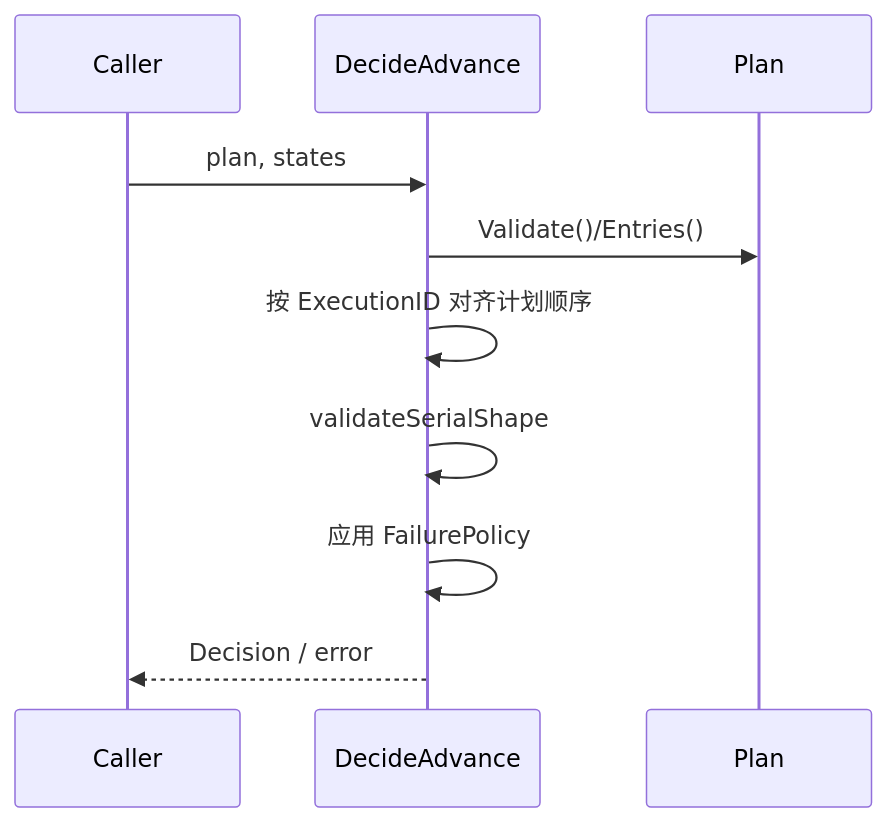
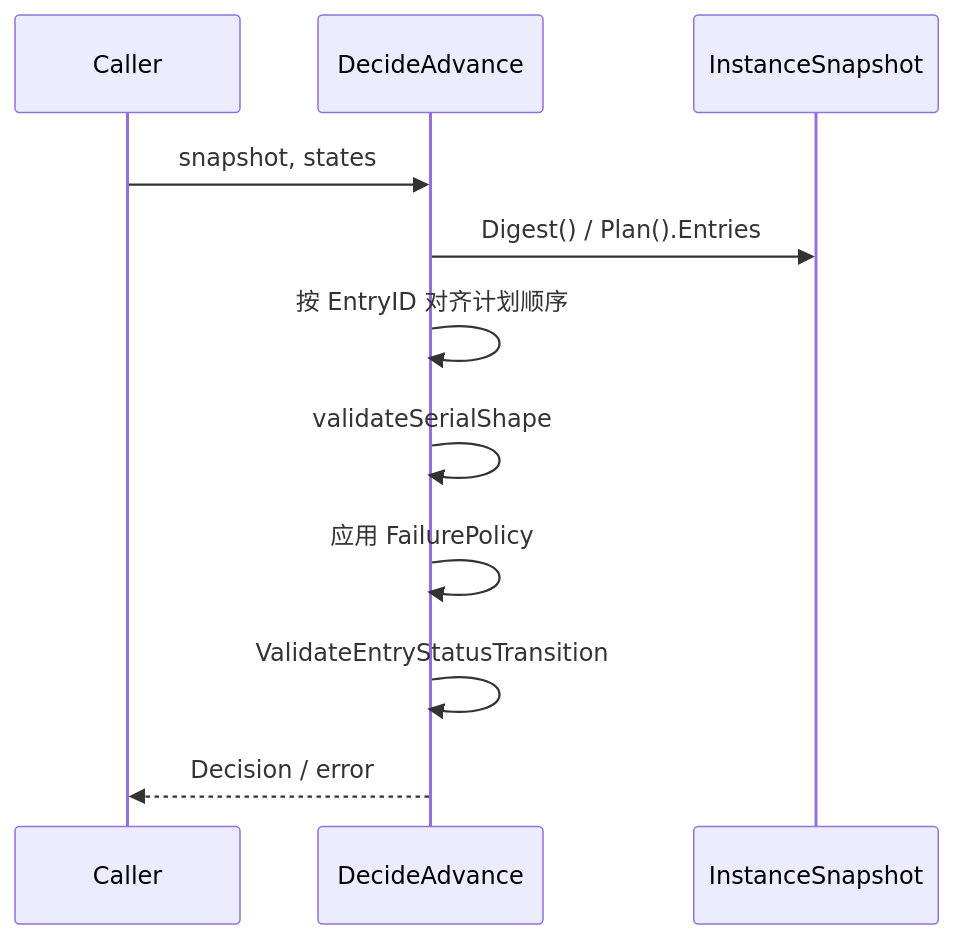
One commit to Capsule7446/healix-core changed the first of 2 diagrams in docs/application/scheduling/decide-next-entry.md. Above: the diagram before and after it, drawn with Mermaid. The commit also changed other lines of this file and 380 other files, not shown here.

````diff
--- a/docs/application/scheduling/decide-next-entry.md
+++ b/docs/application/scheduling/decide-next-entry.md
@@ -18,12 +30,13 @@
 ```mermaid
 sequenceDiagram
     participant Caller
     participant Decide as DecideAdvance
-    participant Plan
-    Caller->>Decide: plan, states
-    Decide->>Plan: Validate()/Entries()
-    Decide->>Decide: 按 ExecutionID 对齐计划顺序
+    participant Snapshot as InstanceSnapshot
+    Caller->>Decide: snapshot, states
+    Decide->>Snapshot: Digest() / Plan().Entries
+    Decide->>Decide: 按 EntryID 对齐计划顺序
     Decide->>Decide: validateSerialShape
     Decide->>Decide: 应用 FailurePolicy
+    Decide->>Decide: ValidateEntryStatusTransition
     Decide-->>Caller: Decision / error
 ```
````
